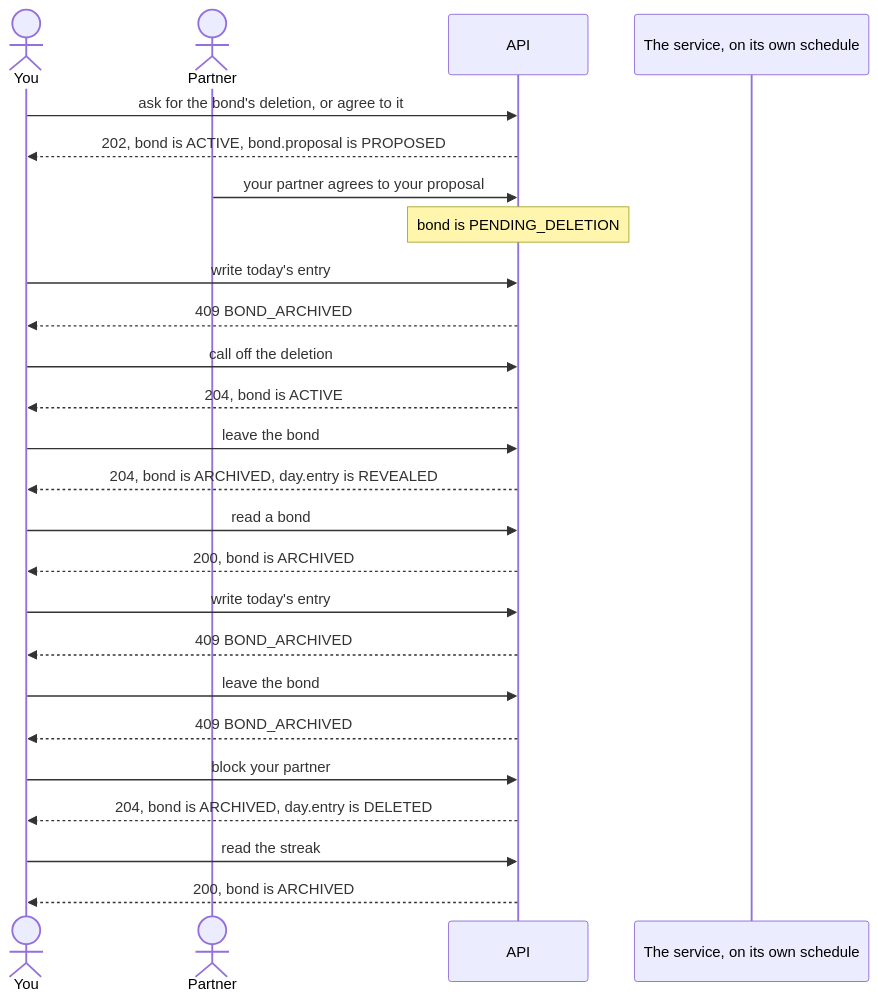
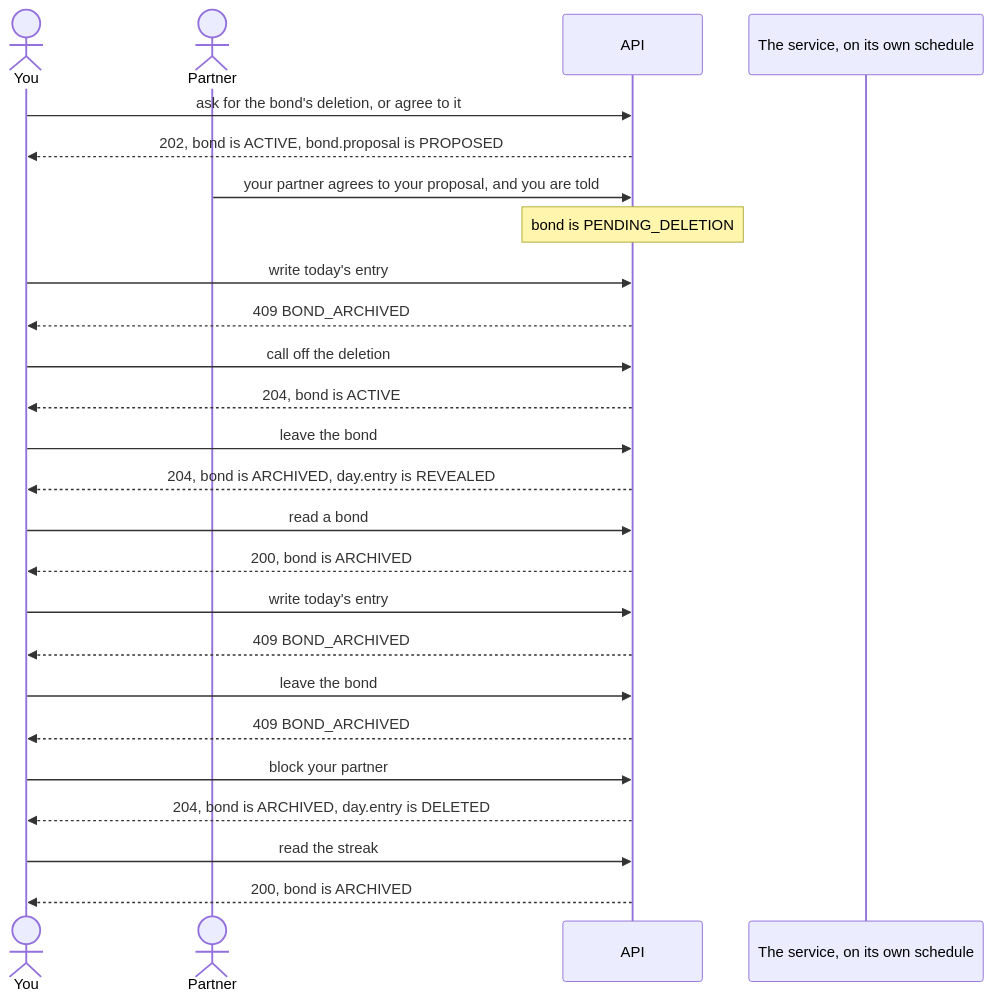
The fifth of 5 diagrams in docs/state-map/journeys.md (Ayodeji97/moyi-backend), drawn with Mermaid before and after one commit. The commit also changed other lines of this file and 85 other files, not shown here.

````diff
--- a/docs/state-map/journeys.md
+++ b/docs/state-map/journeys.md
@@ -176,27 +176,27 @@
 ```mermaid
 sequenceDiagram
     actor You
     actor Partner
     participant API
     participant Job as The service, on its own schedule
     You->>API: ask for the bond's deletion, or agree to it
     API-->>You: 202, bond is ACTIVE, bond.proposal is PROPOSED
-    Partner->>API: your partner agrees to your proposal
+    Partner->>API: your partner agrees to your proposal, and you are told
     Note over API: bond is PENDING_DELETION
     You->>API: write today's entry
     API-->>You: 409 BOND_ARCHIVED
     You->>API: call off the deletion
     API-->>You: 204, bond is ACTIVE
     You->>API: leave the bond
     API-->>You: 204, bond is ARCHIVED, day.entry is REVEALED
     You->>API: read a bond
     API-->>You: 200, bond is ARCHIVED
     You->>API: write today's entry
     API-->>You: 409 BOND_ARCHIVED
     You->>API: leave the bond
     API-->>You: 409 BOND_ARCHIVED
     You->>API: block your partner
     API-->>You: 204, bond is ARCHIVED, day.entry is DELETED
     You->>API: read the streak
     API-->>You: 200, bond is ARCHIVED
 ```
````
